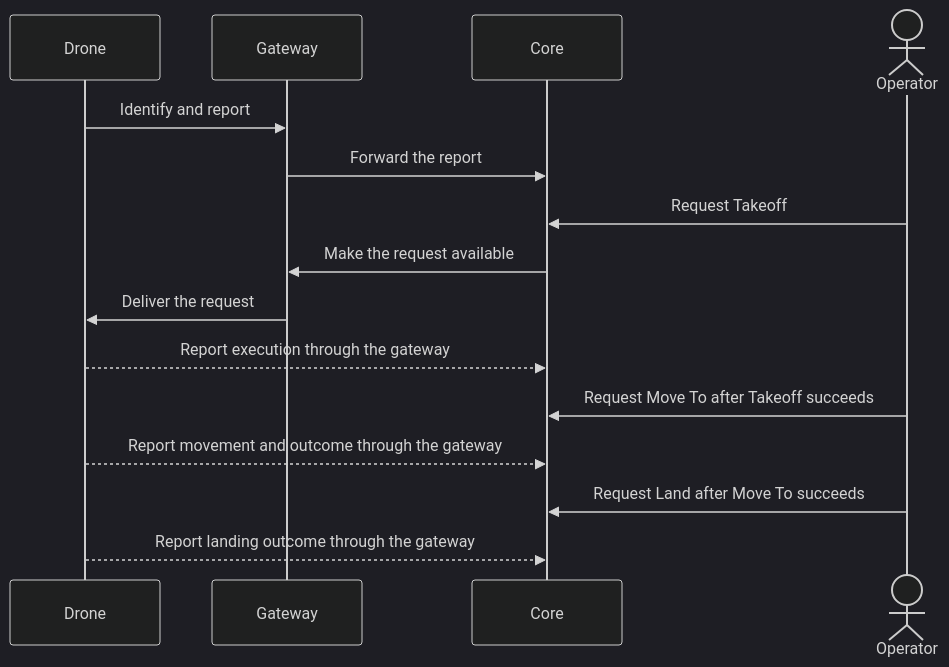
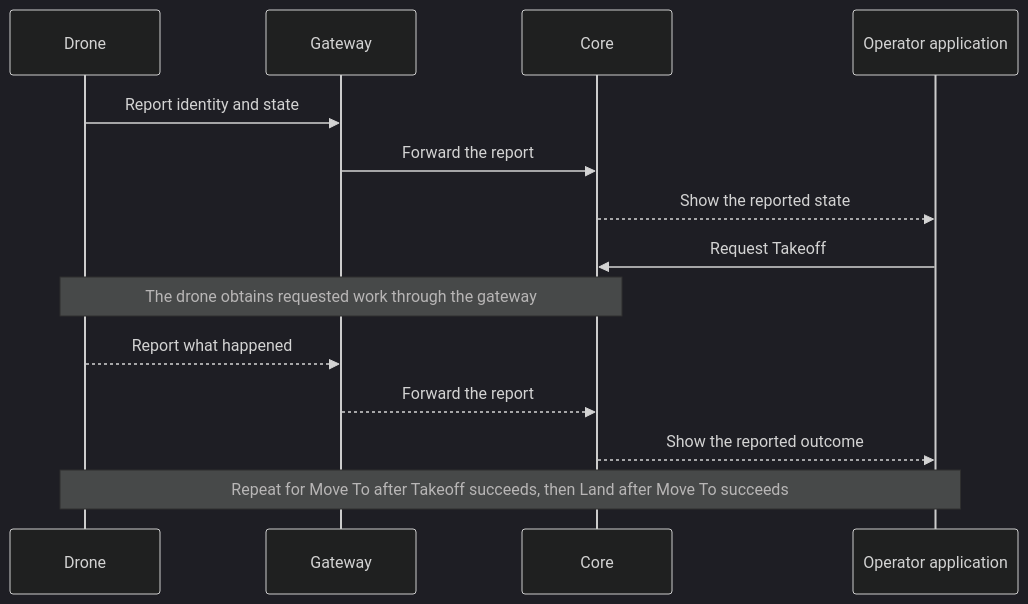
One commit to atlas-field-systems/atlas changed the diagram in atlas/first-flight.md. Above: the diagram before and after it, drawn with Mermaid (dark theme). The commit also changed other lines of this file and 12 other files, not shown here.

Commit message:
docs: focus the charter on Atlas operating context (#4)

````diff
--- a/atlas/first-flight.md
+++ b/atlas/first-flight.md
@@ -13,17 +12,16 @@
 ```mermaid
 sequenceDiagram
     participant Drone
     participant Gateway
     participant Core
-    actor Operator
-    Drone->>Gateway: Identify and report
+    participant App as Operator application
+    Drone->>Gateway: Report identity and state
     Gateway->>Core: Forward the report
-    Operator->>Core: Request Takeoff
-    Core->>Gateway: Make the request available
-    Gateway->>Drone: Deliver the request
-    Drone-->>Core: Report execution through the gateway
-    Operator->>Core: Request Move To after Takeoff succeeds
-    Drone-->>Core: Report movement and outcome through the gateway
-    Operator->>Core: Request Land after Move To succeeds
-    Drone-->>Core: Report landing outcome through the gateway
+    Core-->>App: Show the reported state
+    App->>Core: Request Takeoff
+    Note over Drone,Core: The drone obtains requested work through the gateway
+    Drone-->>Gateway: Report what happened
+    Gateway-->>Core: Forward the report
+    Core-->>App: Show the reported outcome
+    Note over Drone,App: Repeat for Move To after Takeoff succeeds, then Land after Move To succeeds
 ```
````
